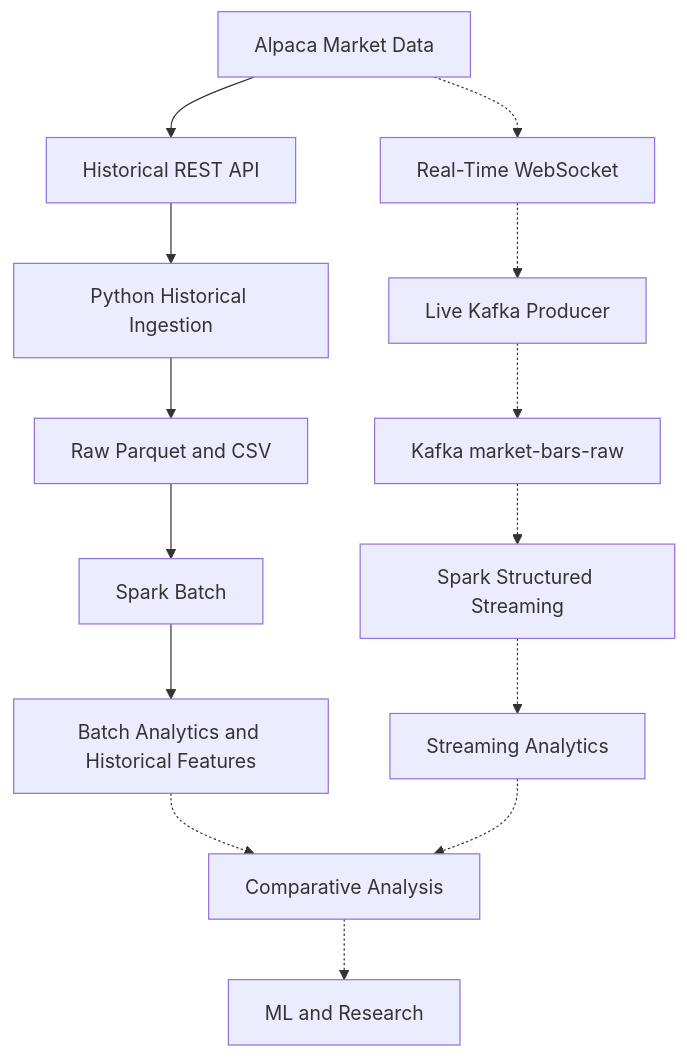
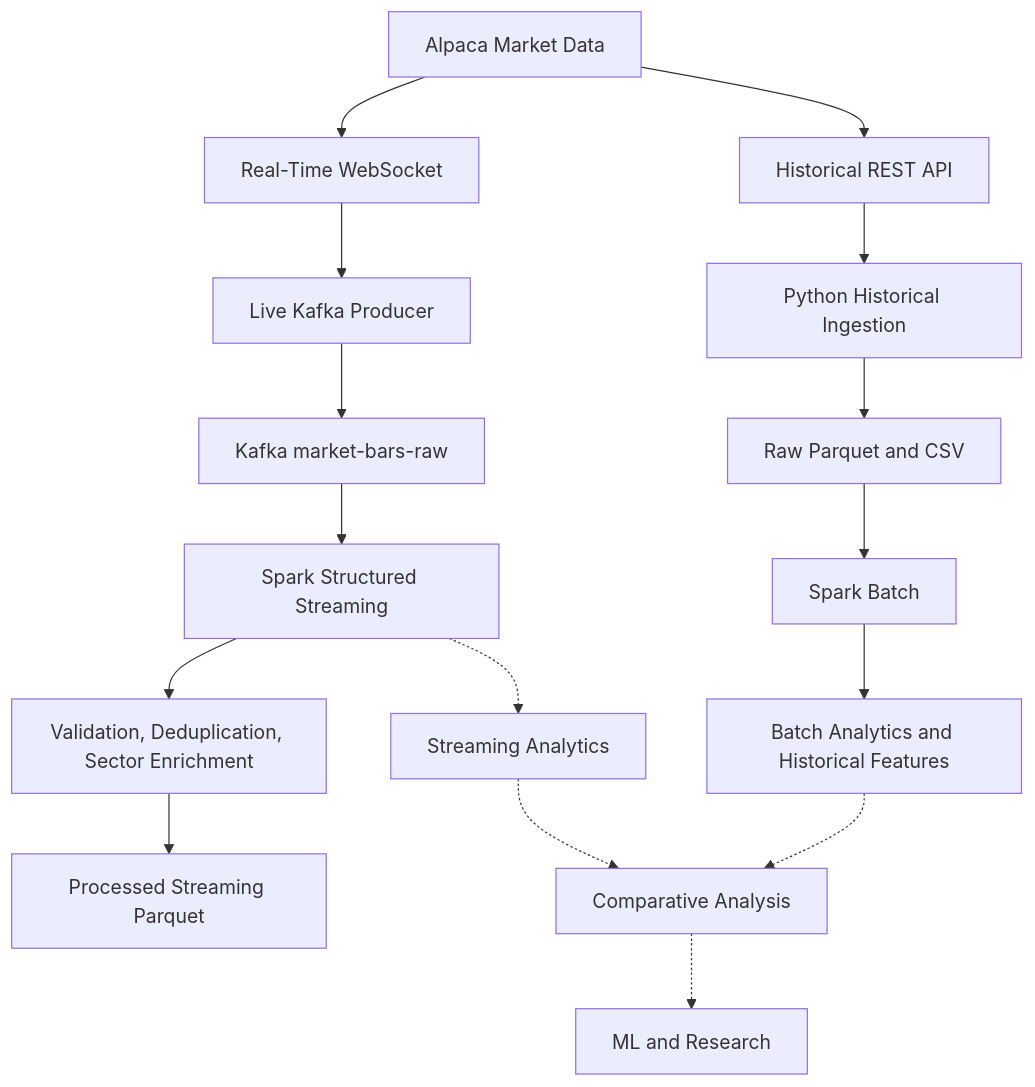
The first of 4 diagrams in README.md (1211882/LABGDD), drawn with Mermaid before and after one commit. The commit also changed other lines of this file and 172 other files, not shown here.

````diff
--- a/README.md
+++ b/README.md
@@ -31,17 +32,19 @@
 ```mermaid
 flowchart TD
     A[Alpaca Market Data]
     A --> HR[Historical REST API]
-    A -.-> WS[Real-Time WebSocket]
+    A --> WS[Real-Time WebSocket]
     HR --> PI[Python Historical Ingestion]
     PI --> RAW[Raw Parquet and CSV]
     RAW --> SB[Spark Batch]
     SB --> BA[Batch Analytics and Historical Features]
-    WS -.-> KP[Live Kafka Producer]
-    KP -.-> K[Kafka market-bars-raw]
-    K -.-> SS[Spark Structured Streaming]
+    WS --> KP[Live Kafka Producer]
+    KP --> K[Kafka market-bars-raw]
+    K --> SS[Spark Structured Streaming]
+    SS --> SV[Validation, Deduplication, Sector Enrichment]
+    SV --> SP[Processed Streaming Parquet]
     SS -.-> SA[Streaming Analytics]
     BA -.-> CA[Comparative Analysis]
     SA -.-> CA
     CA -.-> ML[ML and Research]
 ```
````
